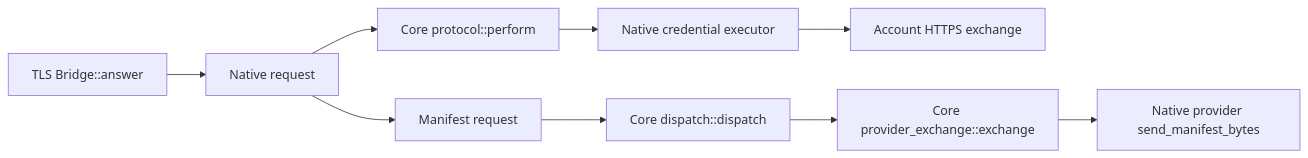
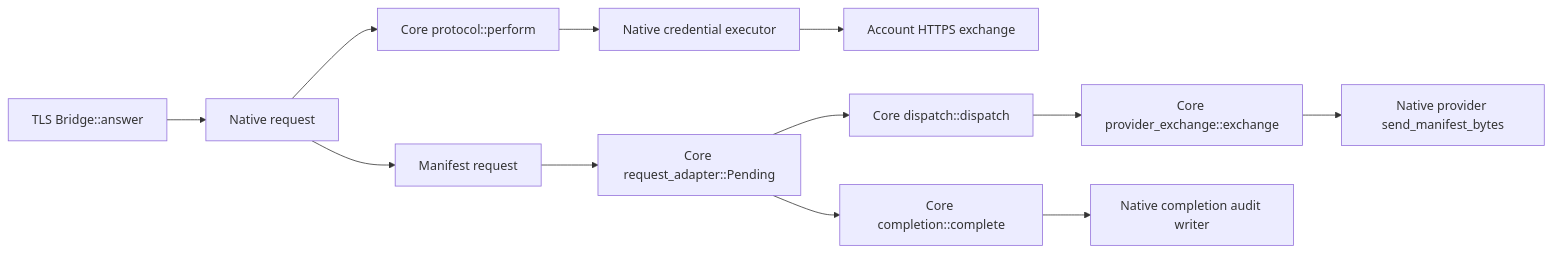
Before and after one commit to Erotemic/aivm-secrets: the diagram in docs/specialized-call-ledger.md, drawn with Mermaid. The commit also changed other lines of this file and 31 other files, not shown here.

First line of the commit message:
Own receipts in the extracted manifest request adapter

````diff
--- a/docs/specialized-call-ledger.md
+++ b/docs/specialized-call-ledger.md
@@ -28,11 +28,14 @@
 ```mermaid
 flowchart LR
     A["TLS Bridge::answer"] --> B["Native request"]
     B --> C["Core protocol::perform"]
     C --> D["Native credential executor"]
     D --> E["Account HTTPS exchange"]
     B --> F["Manifest request"]
-    F --> G["Core dispatch::dispatch"]
+    F --> K["Core request_adapter::Pending"]
+    K --> G["Core dispatch::dispatch"]
     G --> H["Core provider_exchange::exchange"]
     H --> I["Native provider send_manifest_bytes"]
+    K --> L["Core completion::complete"]
+    L --> M["Native completion audit writer"]
 ```
````
